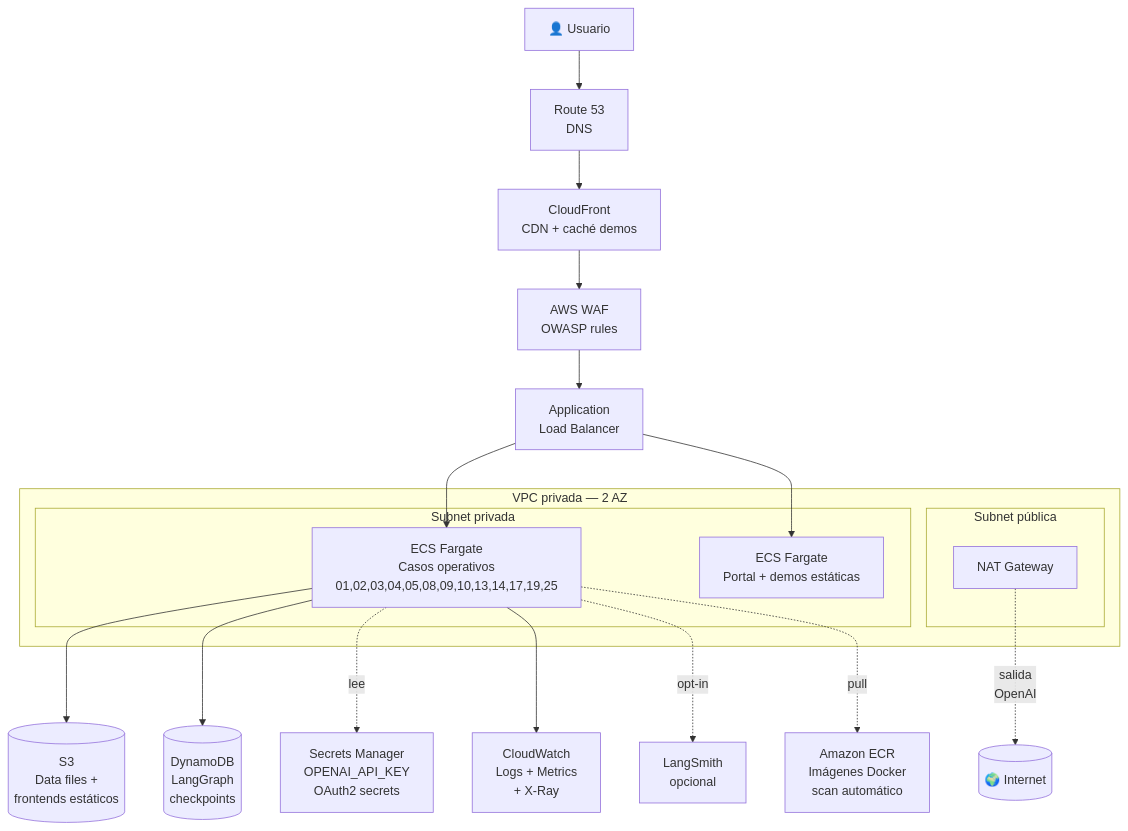
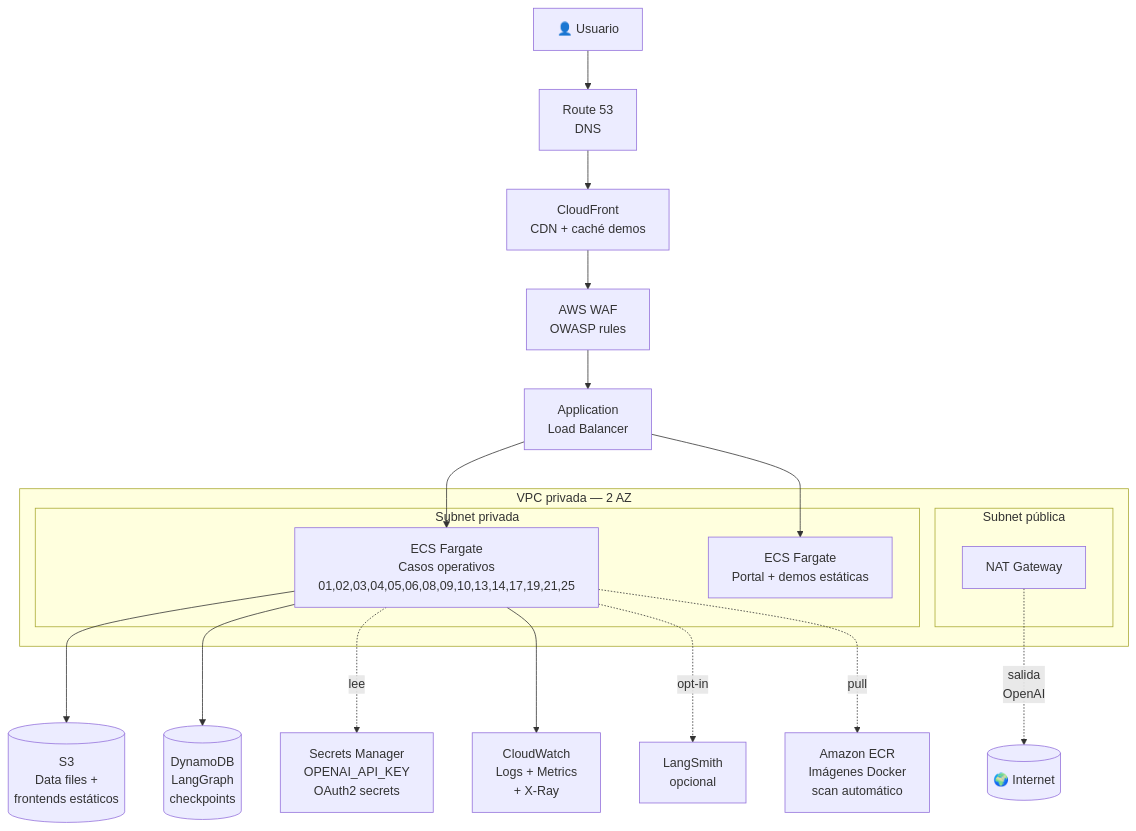
The first of 5 diagrams in docs/CLOUD_AWS.md (vladimiracunadev-create/langgraph-realworld), drawn with Mermaid before and after one commit. The commit also changed other lines of this file and 26 other files, not shown here.

````diff
--- a/docs/CLOUD_AWS.md
+++ b/docs/CLOUD_AWS.md
@@ -29,36 +29,36 @@
 ```mermaid
 flowchart TB
     User[👤 Usuario]
     R53[Route 53<br/>DNS]
     CF[CloudFront<br/>CDN + caché demos]
     WAF[AWS WAF<br/>OWASP rules]
     ALB[Application<br/>Load Balancer]
 
     subgraph VPC["VPC privada — 2 AZ"]
         subgraph Public["Subnet pública"]
             NAT[NAT Gateway]
         end
         subgraph Private["Subnet privada"]
-            ECS1[ECS Fargate<br/>Casos operativos<br/>01,02,03,04,05,08,09,10,13,14,17,19,25]
+            ECS1[ECS Fargate<br/>Casos operativos<br/>01,02,03,04,05,06,08,09,10,13,14,17,19,21,25]
             ECS2[ECS Fargate<br/>Portal + demos estáticas]
         end
     end
 
     S3[(S3<br/>Data files +<br/>frontends estáticos)]
     DDB[(DynamoDB<br/>LangGraph<br/>checkpoints)]
     SM[Secrets Manager<br/>OPENAI_API_KEY<br/>OAuth2 secrets]
     ECR[Amazon ECR<br/>Imágenes Docker<br/>scan automático]
     CW[CloudWatch<br/>Logs + Metrics<br/>+ X-Ray]
     LS[LangSmith<br/>opcional]
 
     User --> R53 --> CF --> WAF --> ALB
     ALB --> ECS1
     ALB --> ECS2
     ECS1 --> S3
     ECS1 --> DDB
     ECS1 -.lee.-> SM
     ECS1 --> CW
     ECS1 -.opt-in.-> LS
     ECS1 -.pull.-> ECR
     NAT -.salida<br/>OpenAI.-> Internet[(🌍 Internet)]
 ```
````
